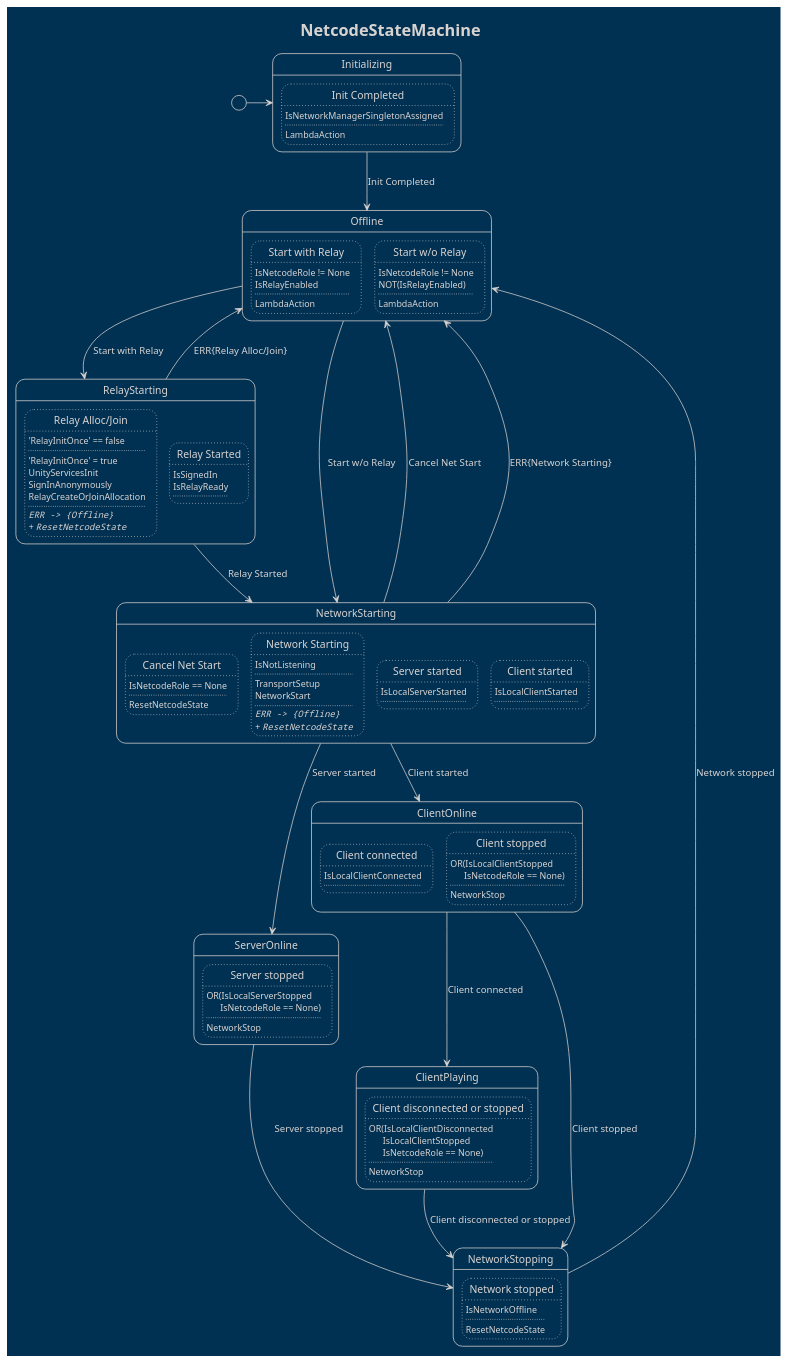
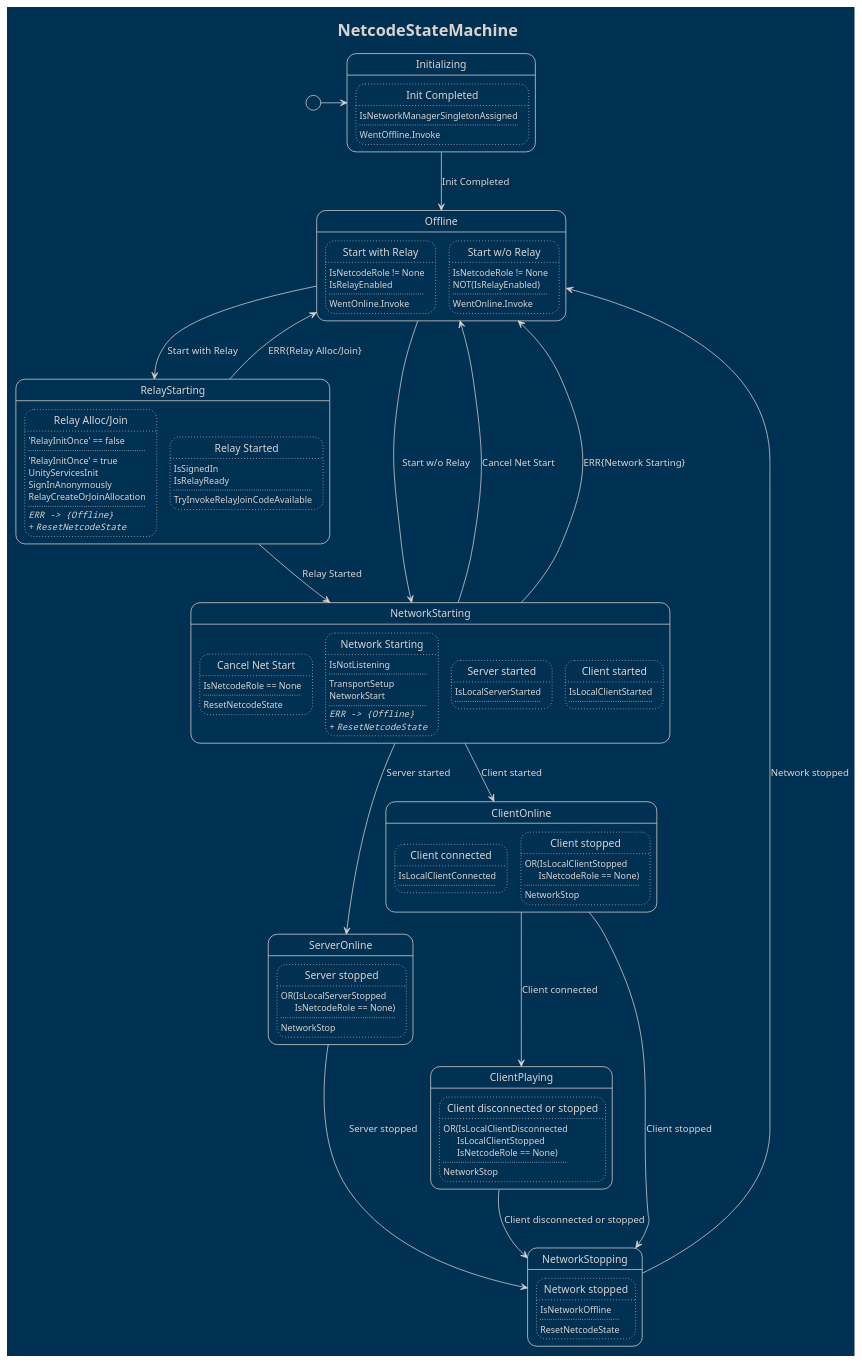
One commit to CodeSmile-0000011110110111/WriteBetterNetcode changed the diagram in PlantUML Diagrams/CodeSmile.BetterNetcode.Netcode.NetcodeState.puml. Above: the diagram before and after it, drawn with PlantUML. The commit also changed 3 other files, not shown here.

Commit message:
update NetcodeState diagram

```diff
--- a/PlantUML Diagrams/CodeSmile.BetterNetcode.Netcode.NetcodeState.puml
+++ b/PlantUML Diagrams/CodeSmile.BetterNetcode.Netcode.NetcodeState.puml
@@ -1,144 +1,145 @@
 @startuml
 
 !theme blueprint
 hide empty description
 
 title NetcodeStateMachine
 
 state "Initializing" as state0
 state state0 {
 	state "Init Completed" as state0_trans0
 	state state0_trans0 #line.dotted {
 		state0_trans0 : IsNetworkManagerSingletonAssigned
 		state0_trans0 : ....
-		state0_trans0 : LambdaAction
+		state0_trans0 : WentOffline.Invoke
 	}
 }
 state "Offline" as state1
 state state1 {
 	state "Start with Relay" as state1_trans0
 	state state1_trans0 #line.dotted {
 		state1_trans0 : IsNetcodeRole != None
 		state1_trans0 : IsRelayEnabled
 		state1_trans0 : ....
-		state1_trans0 : LambdaAction
+		state1_trans0 : WentOnline.Invoke
 	}
 	state "Start w/o Relay" as state1_trans1
 	state state1_trans1 #line.dotted {
 		state1_trans1 : IsNetcodeRole != None
 		state1_trans1 : NOT(IsRelayEnabled)
 		state1_trans1 : ....
-		state1_trans1 : LambdaAction
+		state1_trans1 : WentOnline.Invoke
 	}
 }
 state "RelayStarting" as state2
 state state2 {
 	state "Relay Alloc/Join" as state2_trans0
 	state state2_trans0 #line.dotted {
 		state2_trans0 : 'RelayInitOnce' == false
 		state2_trans0 : ....
 		state2_trans0 : 'RelayInitOnce' = true
 		state2_trans0 : UnityServicesInit
 		state2_trans0 : SignInAnonymously
 		state2_trans0 : RelayCreateOrJoinAllocation
 		state2_trans0 : ....
 		state2_trans0 : ==== ""ERR -> {Offline}""
 		state2_trans0 : ==== + ""ResetNetcodeState""
 	}
 	state "Relay Started" as state2_trans1
 	state state2_trans1 #line.dotted {
 		state2_trans1 : IsSignedIn
 		state2_trans1 : IsRelayReady
 		state2_trans1 : ....
+		state2_trans1 : TryInvokeRelayJoinCodeAvailable
 	}
 }
 state "NetworkStarting" as state3
 state state3 {
 	state "Cancel Net Start" as state3_trans0
 	state state3_trans0 #line.dotted {
 		state3_trans0 : IsNetcodeRole == None
 		state3_trans0 : ....
 		state3_trans0 : ResetNetcodeState
 	}
 	state "Network Starting" as state3_trans1
 	state state3_trans1 #line.dotted {
 		state3_trans1 : IsNotListening
 		state3_trans1 : ....
 		state3_trans1 : TransportSetup
 		state3_trans1 : NetworkStart
 		state3_trans1 : ....
 		state3_trans1 : ==== ""ERR -> {Offline}""
 		state3_trans1 : ==== + ""ResetNetcodeState""
 	}
 	state "Server started" as state3_trans2
 	state state3_trans2 #line.dotted {
 		state3_trans2 : IsLocalServerStarted
 		state3_trans2 : ....
 	}
 	state "Client started" as state3_trans3
 	state state3_trans3 #line.dotted {
 		state3_trans3 : IsLocalClientStarted
 		state3_trans3 : ....
 	}
 }
 state "ServerOnline" as state4
 state state4 {
 	state "Server stopped" as state4_trans0
 	state state4_trans0 #line.dotted {
 		state4_trans0 : OR(IsLocalServerStopped\n      IsNetcodeRole == None)
 		state4_trans0 : ....
 		state4_trans0 : NetworkStop
 	}
 }
 state "ClientOnline" as state5
 state state5 {
 	state "Client connected" as state5_trans0
 	state state5_trans0 #line.dotted {
 		state5_trans0 : IsLocalClientConnected
 		state5_trans0 : ....
 	}
 	state "Client stopped" as state5_trans1
 	state state5_trans1 #line.dotted {
 		state5_trans1 : OR(IsLocalClientStopped\n      IsNetcodeRole == None)
 		state5_trans1 : ....
 		state5_trans1 : NetworkStop
 	}
 }
 state "ClientPlaying" as state6
 state state6 {
 	state "Client disconnected or stopped" as state6_trans0
 	state state6_trans0 #line.dotted {
 		state6_trans0 : OR(IsLocalClientDisconnected\n      IsLocalClientStopped\n      IsNetcodeRole == None)
 		state6_trans0 : ....
 		state6_trans0 : NetworkStop
 	}
 }
 state "NetworkStopping" as state7
 state state7 {
 	state "Network stopped" as state7_trans0
 	state state7_trans0 #line.dotted {
 		state7_trans0 : IsNetworkOffline
 		state7_trans0 : ....
 		state7_trans0 : ResetNetcodeState
 	}
 }
 
 
 [*] -> state0
 state0 --> state1 : Init Completed
 state1 --> state2 : Start with Relay
 state1 --> state3 : Start w/o Relay
 state2 --> state1 : ERR{Relay Alloc/Join}
 state2 --> state3 : Relay Started
 state3 --> state1 : Cancel Net Start
 state3 --> state1 : ERR{Network Starting}
 state3 --> state4 : Server started
 state3 --> state5 : Client started
 state4 --> state7 : Server stopped
 state5 --> state6 : Client connected
 state5 --> state7 : Client stopped
 state6 --> state7 : Client disconnected or stopped
 state7 --> state1 : Network stopped
 
 
 @enduml
```
